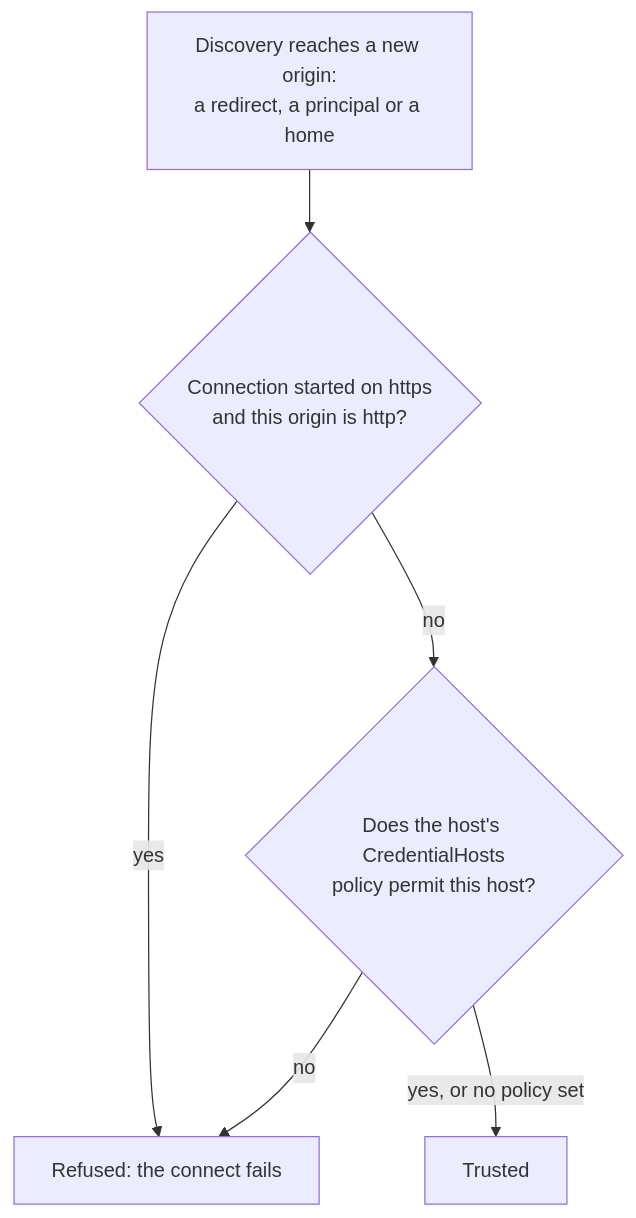
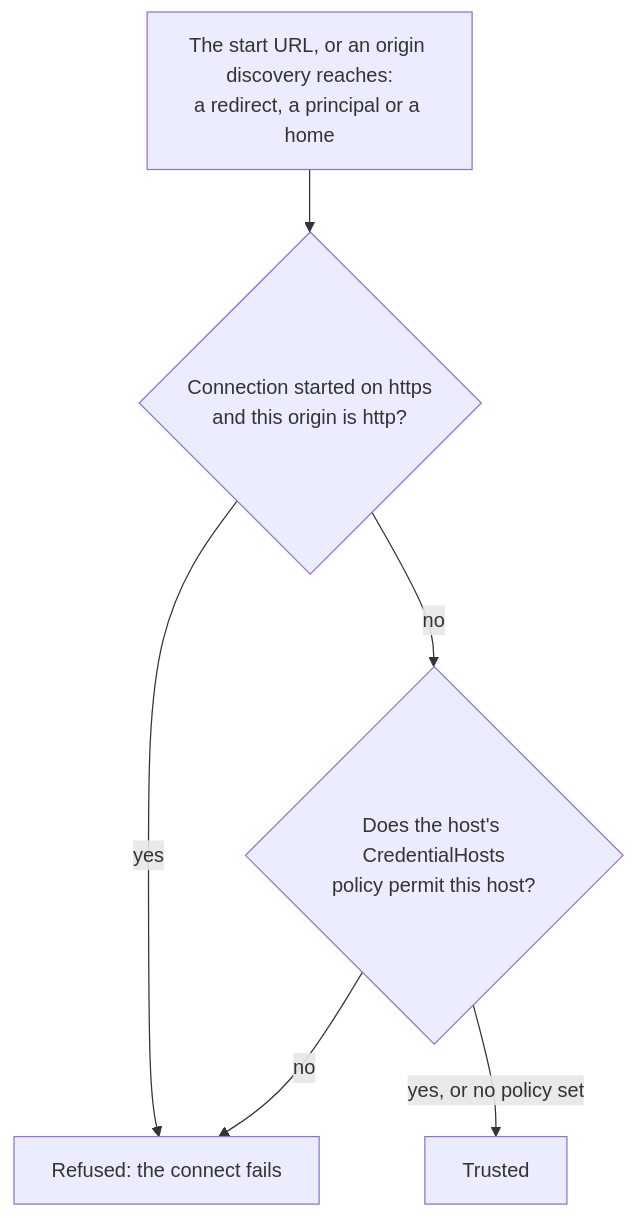
Before and after one commit to allodia-eu/email-calendar-sync-engine: the fourth of 5 diagrams in crates/provider-caldav/README.md, drawn with Mermaid. The commit also changed other lines of this file and 18 other files, not shown here.

````diff
--- a/crates/provider-caldav/README.md
+++ b/crates/provider-caldav/README.md
@@ -100,8 +143,8 @@
 ```mermaid
 flowchart TD
-    O[Discovery reaches a new origin:<br/>a redirect, a principal or a home] --> P{Connection started on https<br/>and this origin is http?}
+    O[The start URL, or an origin discovery reaches:<br/>a redirect, a principal or a home] --> P{Connection started on https<br/>and this origin is http?}
     P -- yes --> F[Refused: the connect fails]
     P -- no --> Q{Does the host's CredentialHosts<br/>policy permit this host?}
     Q -- no --> F
     Q -- "yes, or no policy set" --> OK[Trusted]
 ```
````
